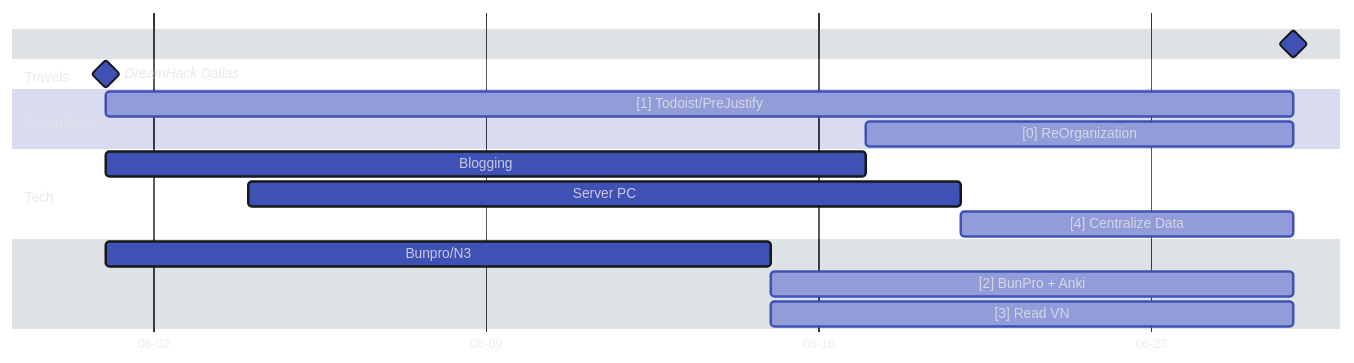
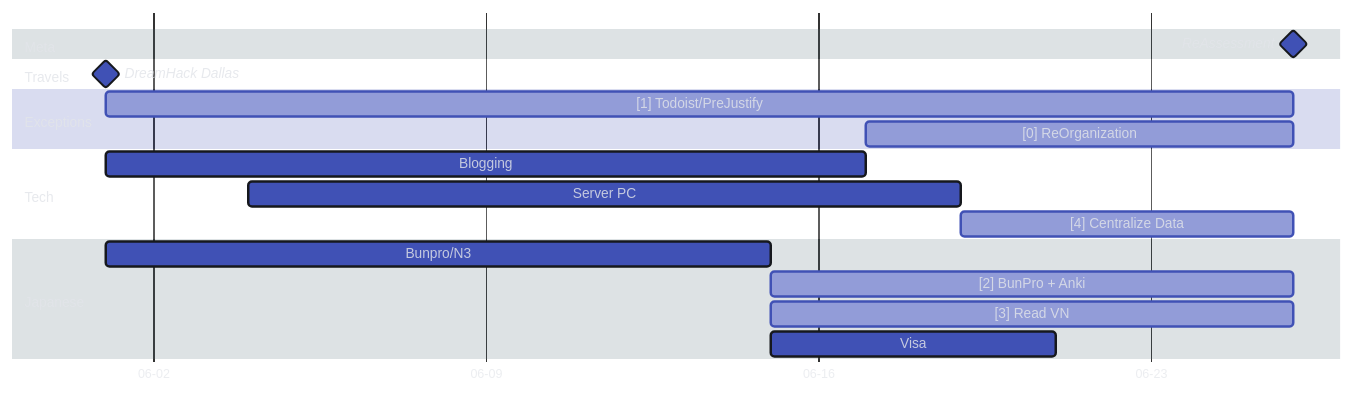
Before and after one commit to Serralq/Project-Norn: the first of 2 diagrams in docs/index.md, drawn with Mermaid. The commit also changed other lines of this file, not shown here.

````diff
--- a/docs/index.md
+++ b/docs/index.md
@@ -48,44 +48,45 @@
     ``` mermaid
     %%{
       init: {
         'theme': 'base',
         'themeVariables': {
           'darkMode': 'true',
           'fontFamily': 'hermit',
           'primaryColor': '#4051b5',
           'primaryBorderColor': '#16181D',
           'tertiaryColor': '#546d78',
           'tertiaryTextColor': '#E2E4E9D1',
           'textColor': '#E2E4E9D1',
           'noteTextColor': '#E2E4E9D1'
         }
       }
     }%%
     gantt
       dateFormat YY-MM-DD
       axisFormat %m-%d
       tickInterval 1week
       todayMarker stroke-width:3px,stroke:#E2E4E9,opacity:0.5
-      
+
       section Meta
         ReAssessment              :milestone,  m1, 24-06-26, 0d
 
       section Travels
         DreamHack Dallas          :milestone,  v1, 24-06-01, 0d
-          
+
       section Exceptions
         [1] Todoist/PreJustify        :active,     m2, 24-06-01, until m1
         [0] ReOrganization            :active,     m3, 24-06-17, until m1
-    
+
       section Tech
         Blogging                  :            t1, 24-06-01, 24-06-17
         Server PC                 :            t2, 24-06-04, 24-06-19
-        [4] Centralize Data           :active,     t3, 24-06-19, until m1 
-    
+        [4] Centralize Data           :active,     t3, 24-06-19, until m1
+
       section Japanese
         Bunpro/N3                 :            j1, 24-06-01, 24-06-15
         [2] BunPro + Anki             :active,     j2, after j1, until m1
         [3] Read VN                   :active,     j3, after j1, until m1
-      
+        Visa                      :            j4, 24-06-15, 24-06-21
+
       section Stationaries
     ```
````
